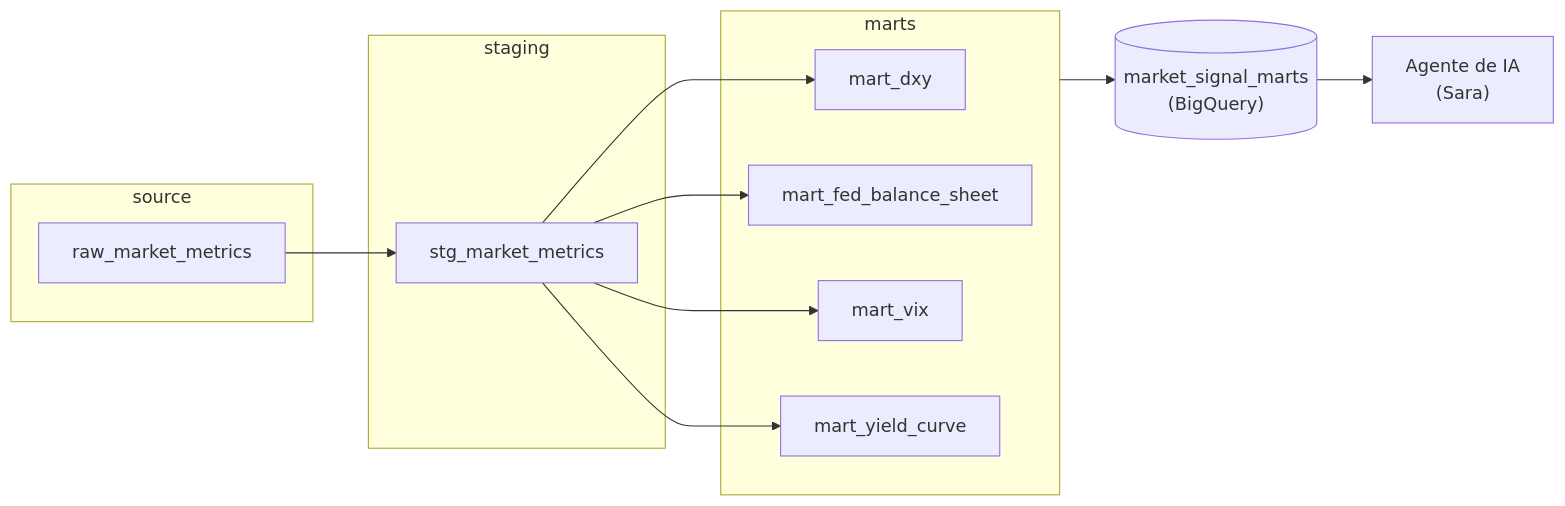
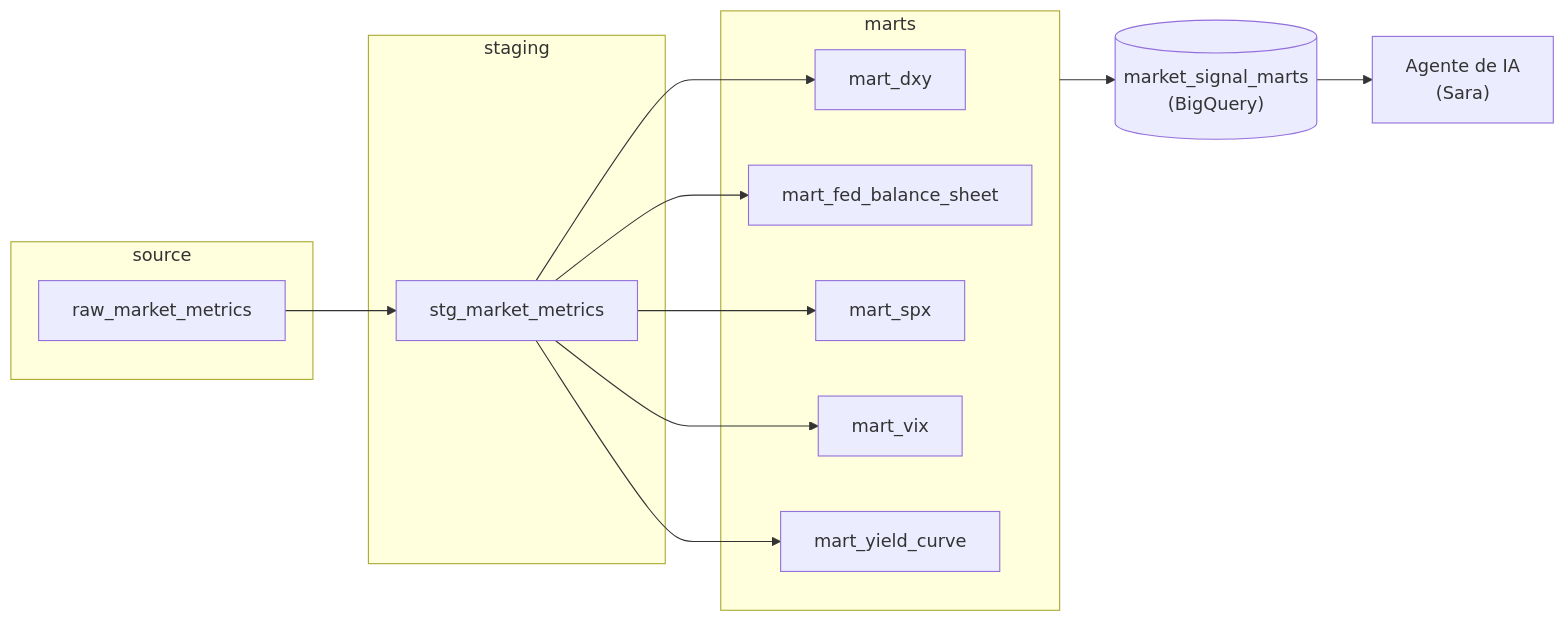
Before and after one commit to ggsergi/market-signal-stack: the diagram in README.md, drawn with Mermaid. The commit also changed other lines of this file and 3 other files, not shown here.

````diff
--- a/README.md
+++ b/README.md
@@ -19,22 +19,24 @@
 ```mermaid
 flowchart LR
     subgraph source["source"]
         raw_market_metrics["raw_market_metrics"]
     end
     subgraph staging["staging"]
         stg_market_metrics["stg_market_metrics"]
     end
     subgraph marts["marts"]
         mart_dxy["mart_dxy"]
         mart_fed_balance_sheet["mart_fed_balance_sheet"]
+        mart_spx["mart_spx"]
         mart_vix["mart_vix"]
         mart_yield_curve["mart_yield_curve"]
     end
     raw_market_metrics --> stg_market_metrics
     stg_market_metrics --> mart_dxy
     stg_market_metrics --> mart_fed_balance_sheet
+    stg_market_metrics --> mart_spx
     stg_market_metrics --> mart_vix
     stg_market_metrics --> mart_yield_curve
     marts --> market_signal_marts[("market_signal_marts<br/>(BigQuery)")]
     market_signal_marts --> agent["Agente de IA<br/>(Sara)"]
 ```
````
